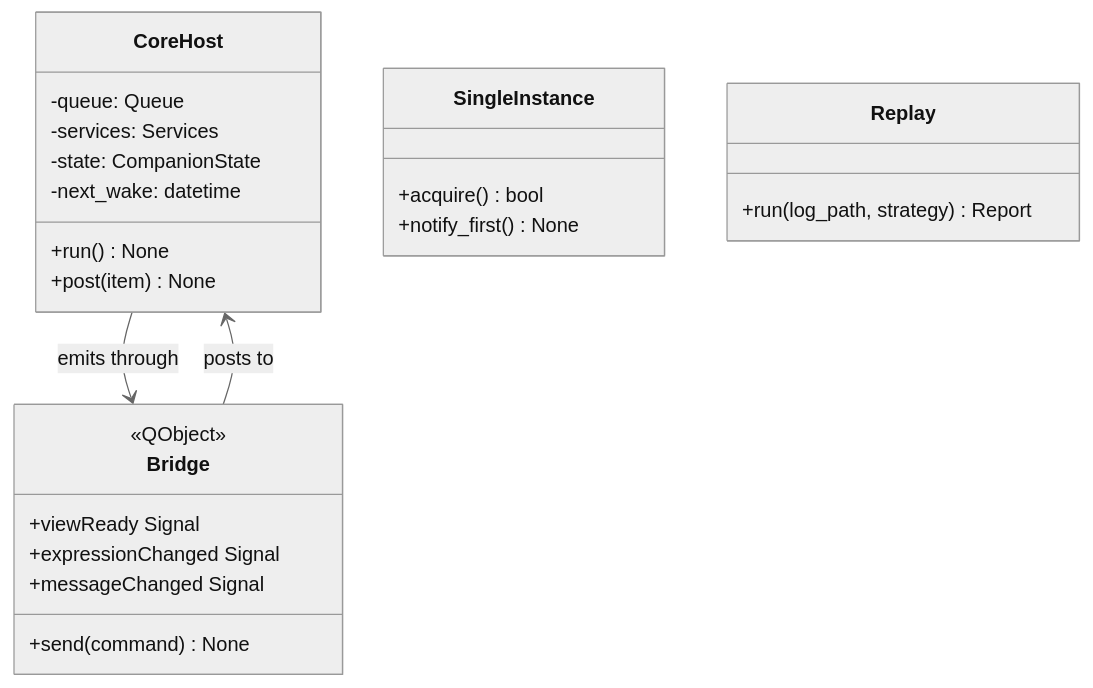
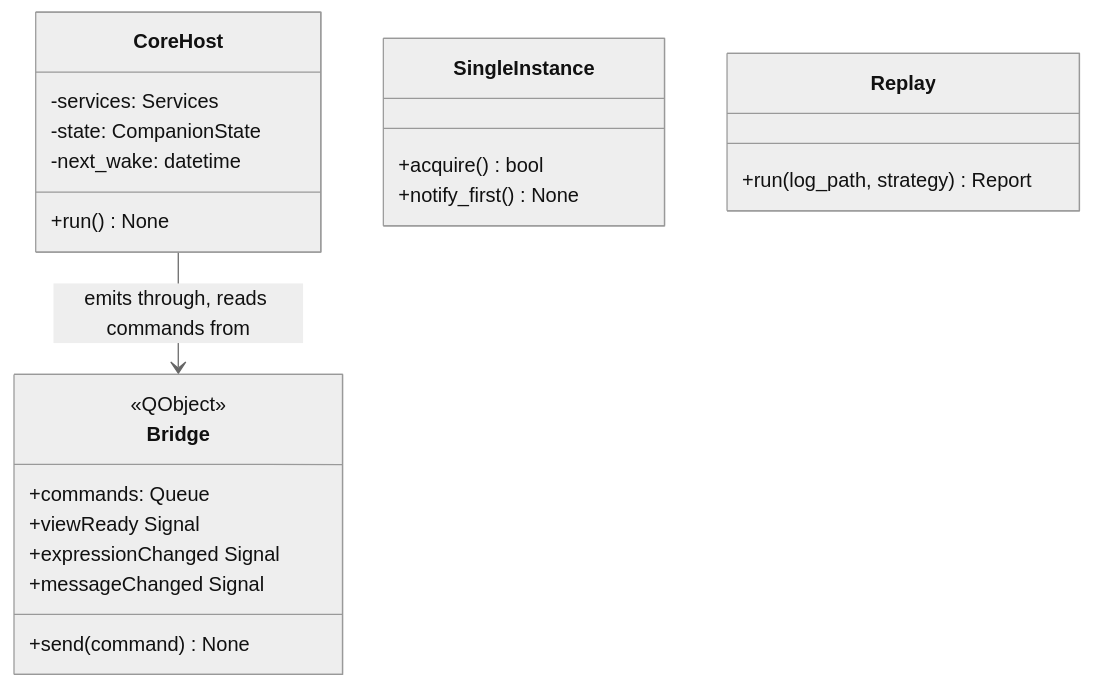
One commit to NguyenVu04/cognia changed diagram 27 of 46 in docs/architecture/ARCHITECTURE.md. Above: the diagram before and after it, drawn with Mermaid (neutral theme). The commit also changed other lines of this file and 18 other files, not shown here.

````diff
--- a/docs/architecture/ARCHITECTURE.md
+++ b/docs/architecture/ARCHITECTURE.md
@@ -1719,31 +1719,29 @@
 ```mermaid
 classDiagram
     class CoreHost {
-        -queue: Queue
         -services: Services
         -state: CompanionState
         -next_wake: datetime
         +run() None
-        +post(item) None
     }
 
     class Bridge {
         <<QObject>>
+        +commands: Queue
         +viewReady Signal
         +expressionChanged Signal
         +messageChanged Signal
         +send(command) None
     }
 
     class SingleInstance {
         +acquire() bool
         +notify_first() None
     }
 
     class Replay {
         +run(log_path, strategy) Report
     }
 
-    CoreHost --> Bridge : emits through
-    Bridge --> CoreHost : posts to
+    CoreHost --> Bridge : emits through, reads commands from
 ```
````
